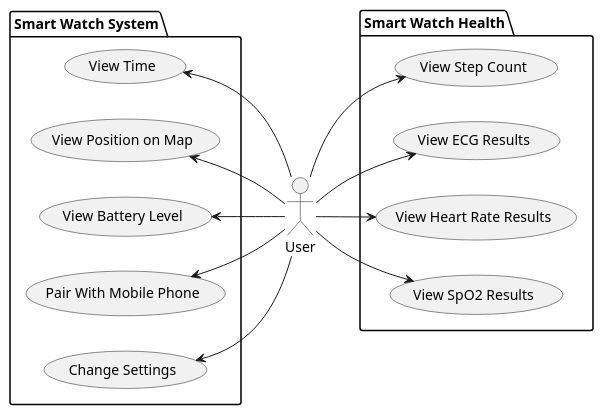
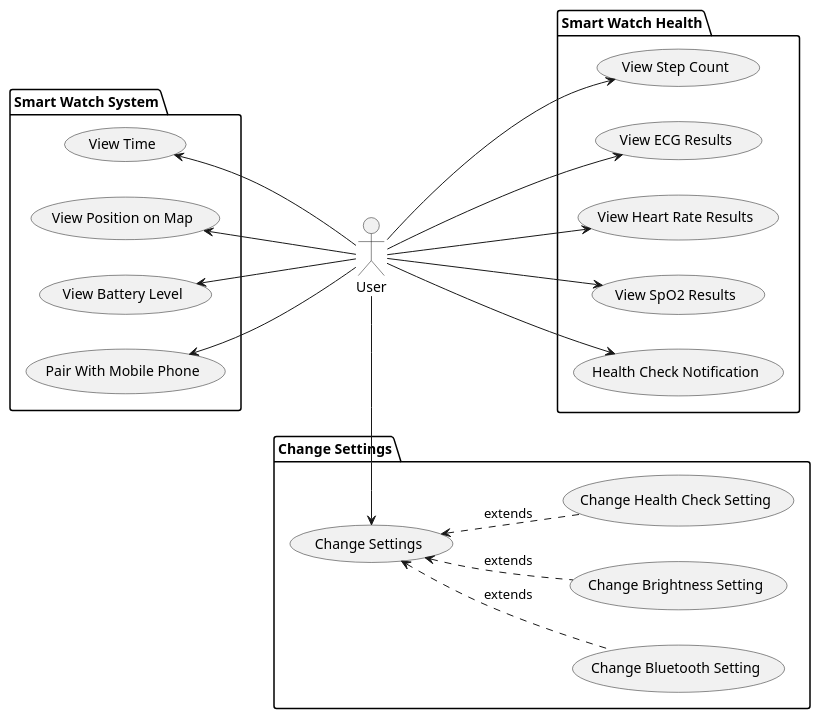
One commit to markroche92/sw-eng-smart-watch changed the diagram in use_case_diagram/readme.md. Above: the diagram before and after it, drawn with PlantUML. The commit also changed other lines of this file, not shown here.

Commit message:
added settings

````diff
--- a/use_case_diagram/readme.md
+++ b/use_case_diagram/readme.md
@@ -6,35 +6,48 @@
 ```plantuml
 @startuml
 
 left to right direction
+skinparam shadowing false
 
 actor User
 
 package "Smart Watch Health" as health {
     usecase "View Step Count" as UC0
     usecase "View ECG Results" as UC1
     usecase "View Heart Rate Results" as UC2
     usecase "View SpO2 Results" as UC3
+    usecase "Health Check Notification" as UC9
 }
 
 package "Smart Watch System" as system {
     usecase "View Time" as UC4
     usecase "View Position on Map" as UC5
     usecase "View Battery Level" as UC6
     usecase "Pair With Mobile Phone" as UC7
-    usecase "Change Settings" as UC8
 }
 
-User--> UC0
-User--> UC1
-User--> UC2
-User--> UC3
+package "Change Settings" as settings {
+    usecase "Change Settings" as UC8
+    usecase "Change Bluetooth Setting" as UC10
+    usecase "Change Brightness Setting" as UC11
+    usecase "Change Health Check Setting" as UC12
+}
+
+User --> UC0
+User --> UC1
+User --> UC2
+User --> UC3
+User --> UC9
 
 UC4 <-- User
 UC5 <-- User
 UC6 <-- User
 UC7 <-- User
-UC8 <-- User
+
+UC8 <- User
+UC8 <.. UC10 : extends
+UC8 <.. UC11 : extends
+UC8 <.. UC12 : extends
 
 @enduml
 ```
````
